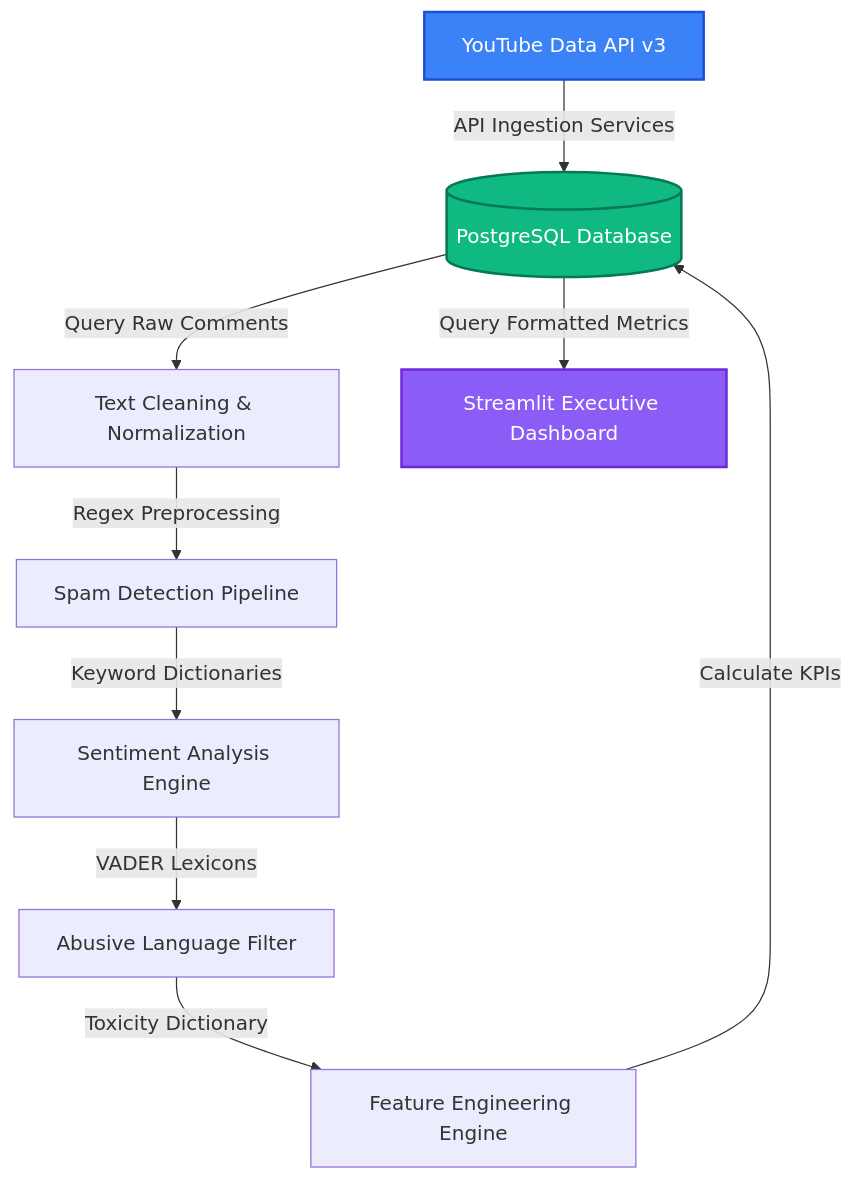
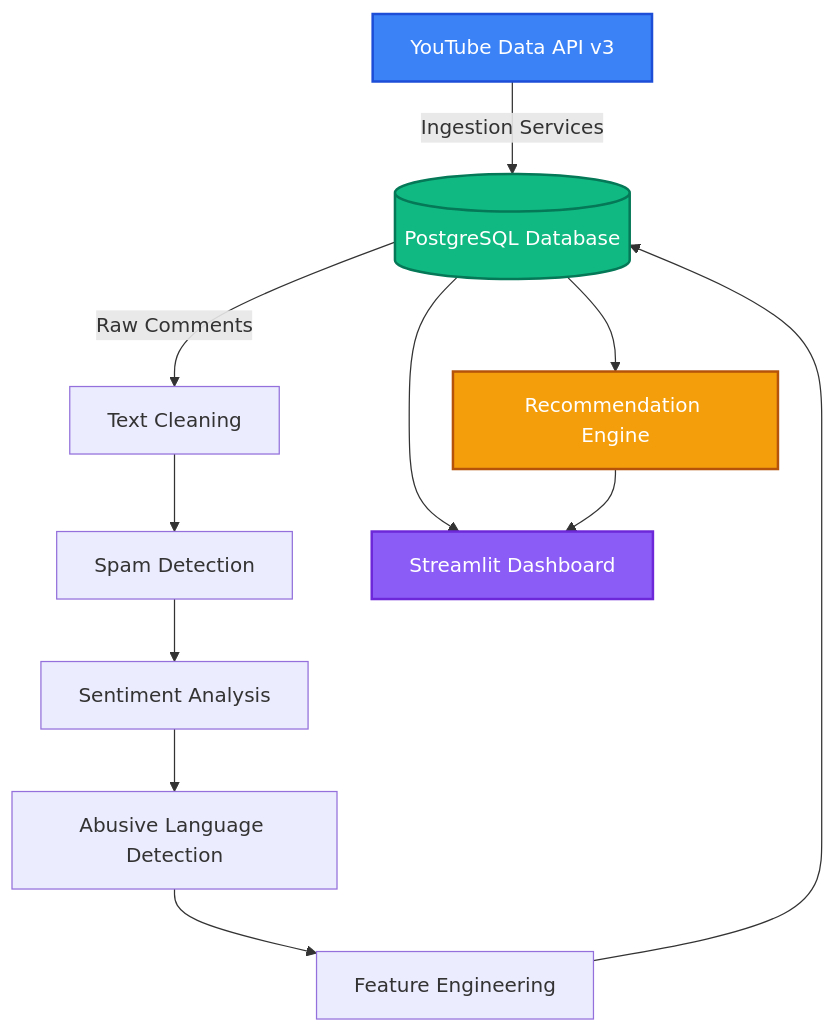
One commit to aryandhiman01/Influence_IQ changed the first of 2 diagrams in README.md. Above: the diagram before and after it, drawn with Mermaid. The commit also changed other lines of this file, not shown here.

````diff
--- a/README.md
+++ b/README.md
@@ -27,15 +31,18 @@
 ```mermaid
 flowchart TD
-    A[YouTube Data API v3] -->|API Ingestion Services| B[(PostgreSQL Database)]
-    B -->|Query Raw Comments| C[Text Cleaning & Normalization]
-    C -->|Regex Preprocessing| D[Spam Detection Pipeline]
-    D -->|Keyword Dictionaries| E[Sentiment Analysis Engine]
-    E -->|VADER Lexicons| F[Abusive Language Filter]
-    F -->|Toxicity Dictionary| G[Feature Engineering Engine]
-    G -->|Calculate KPIs| B
-    B -->|Query Formatted Metrics| H[Streamlit Executive Dashboard]
-    
+    A[YouTube Data API v3] -->|Ingestion Services| B[(PostgreSQL Database)]
+    B -->|Raw Comments| C[Text Cleaning]
+    C --> D[Spam Detection]
+    D --> E[Sentiment Analysis]
+    E --> F[Abusive Language Detection]
+    F --> G[Feature Engineering]
+    G --> B
+    B --> H[Streamlit Dashboard]
+    B --> I[Recommendation Engine]
+    I --> H
+
     style A fill:#3b82f6,stroke:#1d4ed8,stroke-width:2px,color:#fff
     style B fill:#10b981,stroke:#047857,stroke-width:2px,color:#fff
     style H fill:#8b5cf6,stroke:#6d28d9,stroke-width:2px,color:#fff
+    style I fill:#f59e0b,stroke:#b45309,stroke-width:2px,color:#fff
 ```
````
